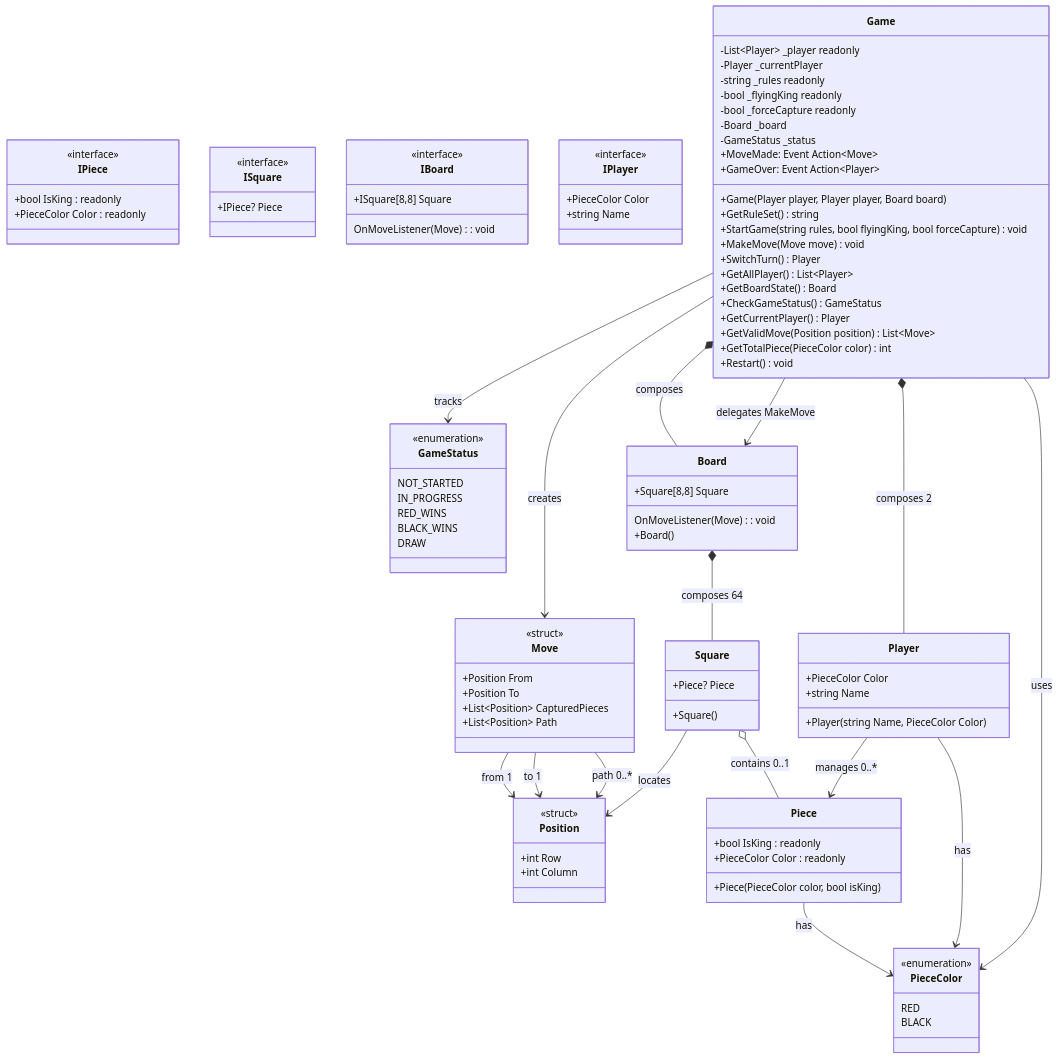
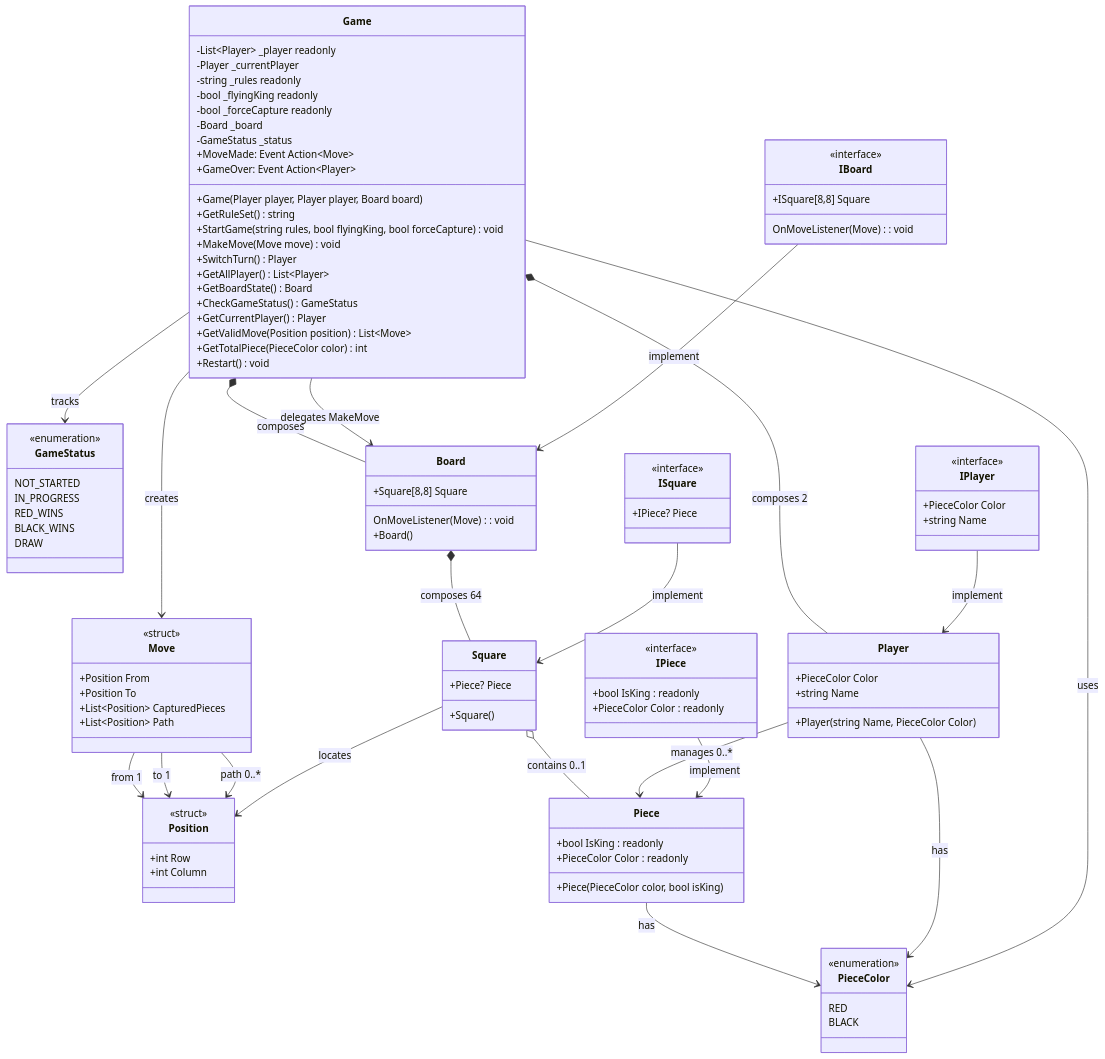
The diagram in CheckersBoardgameClassDiagram/mermaidrevision.md (Dvizio/Batch20), drawn with Mermaid before and after one commit.

Commit message:
update mermaid

````diff
--- a/CheckersBoardgameClassDiagram/mermaidrevision.md
+++ b/CheckersBoardgameClassDiagram/mermaidrevision.md
@@ -146,4 +146,10 @@
   Player --> PieceColor : has
   Game --> GameStatus : tracks
   Game --> PieceColor : uses
+
+  %% Interface used
+  IPiece --> Piece : implement
+  IPlayer --> Player : implement
+  ISquare --> Square : implement
+  IBoard --> Board : implement
 ```
````
